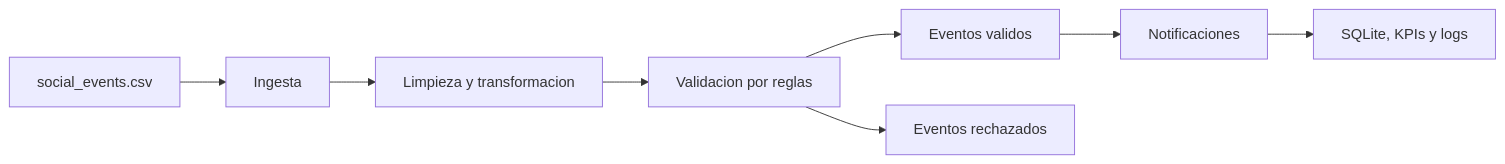
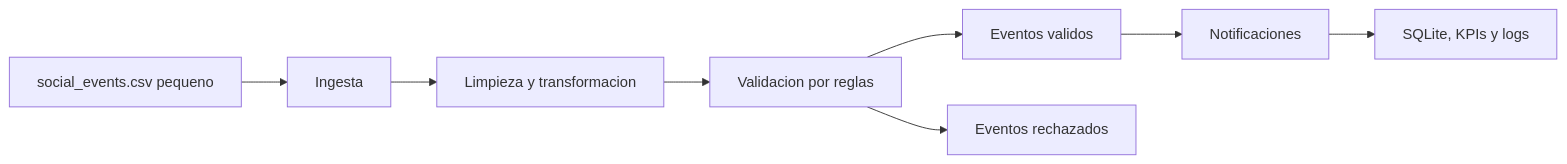
One commit to vicentehueichapan/ProyecGEIA changed the first of 2 diagrams in README.md. Above: the diagram before and after it, drawn with Mermaid. The commit also changed other lines of this file and 60 other files, not shown here.

````diff
--- a/README.md
+++ b/README.md
@@ -90,10 +95,10 @@
 ```mermaid
 flowchart LR
-    A["social_events.csv"] --> B["Ingesta"]
+    A["social_events.csv pequeno"] --> B["Ingesta"]
     B --> C["Limpieza y transformacion"]
     C --> D["Validacion por reglas"]
     D --> E["Eventos validos"]
     D --> F["Eventos rechazados"]
     E --> G["Notificaciones"]
     G --> H["SQLite, KPIs y logs"]
 ```
````
